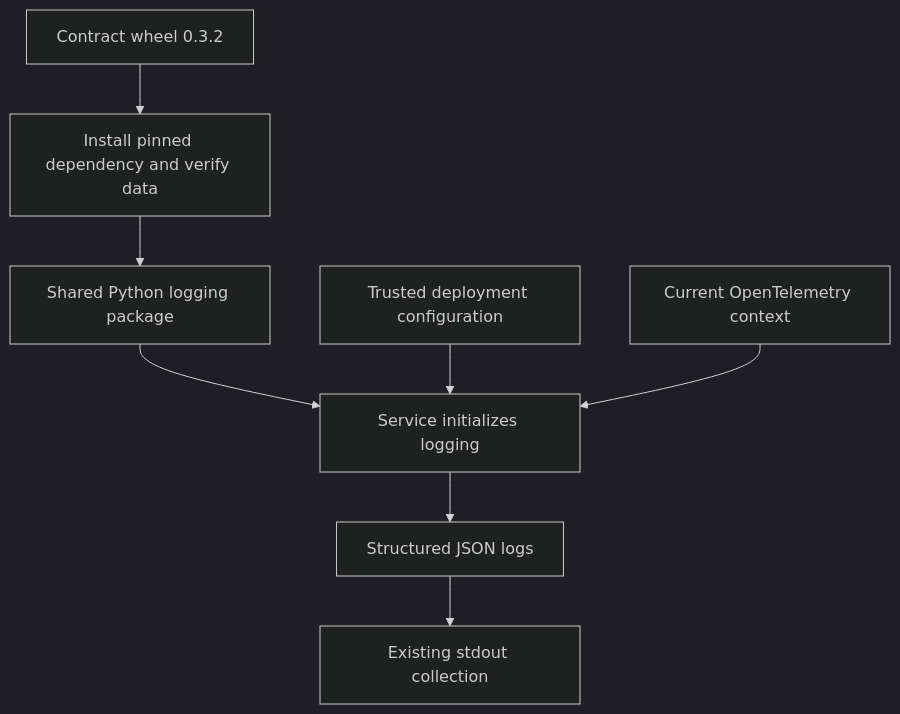
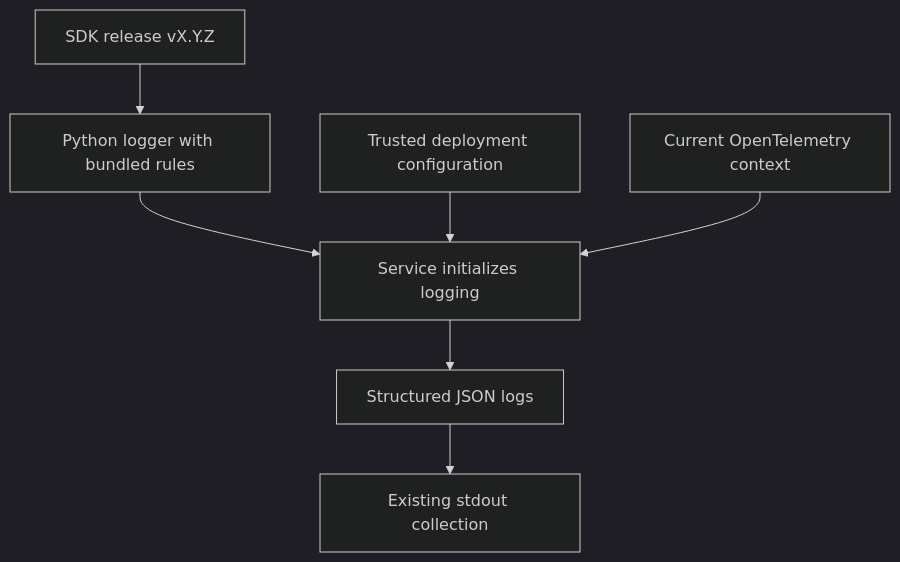
Before and after one commit to onenexus-team/onenexus-sdks: the first of 2 diagrams in python/packages/observability/README.md, drawn with Mermaid (dark theme). The commit also changed other lines of this file and 119 other files, not shown here.

First line of the commit message:
Simplify language logging packages under one SDK release (#18)

````diff
--- a/python/packages/observability/README.md
+++ b/python/packages/observability/README.md
@@ -5,10 +5,9 @@
 ```mermaid
 flowchart TD
-    R[Contract wheel 0.3.2] --> V[Install pinned dependency and verify data]
-    V --> W[Shared Python logging package]
+    R[SDK release vX.Y.Z] --> W[Python logger with bundled rules]
     W --> S[Service initializes logging]
     D[Trusted deployment configuration] --> S
     C[Current OpenTelemetry context] --> S
     S --> L[Structured JSON logs]
     L --> P[Existing stdout collection]
 ```
````
